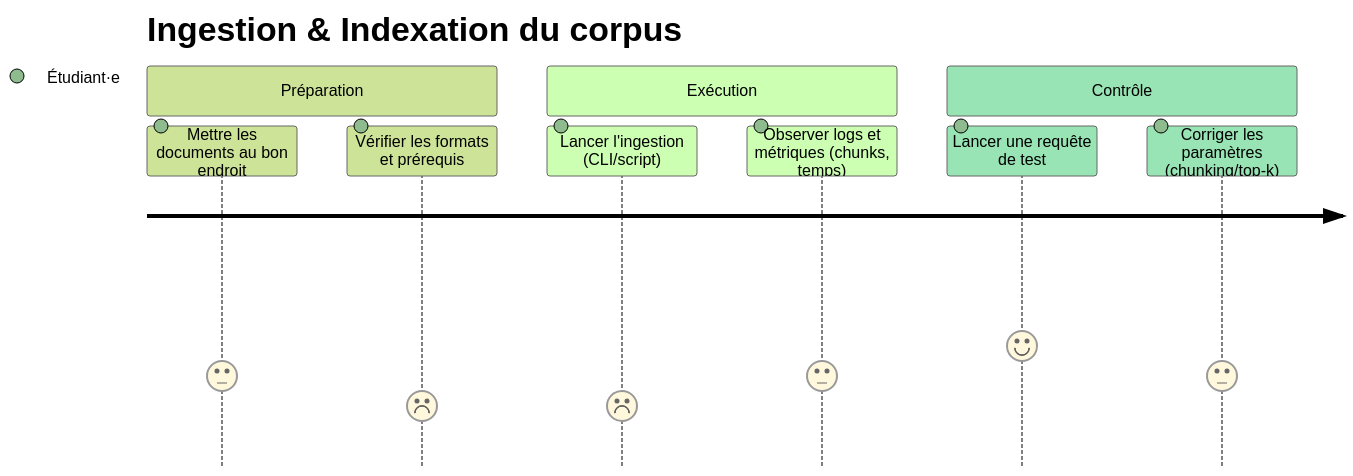
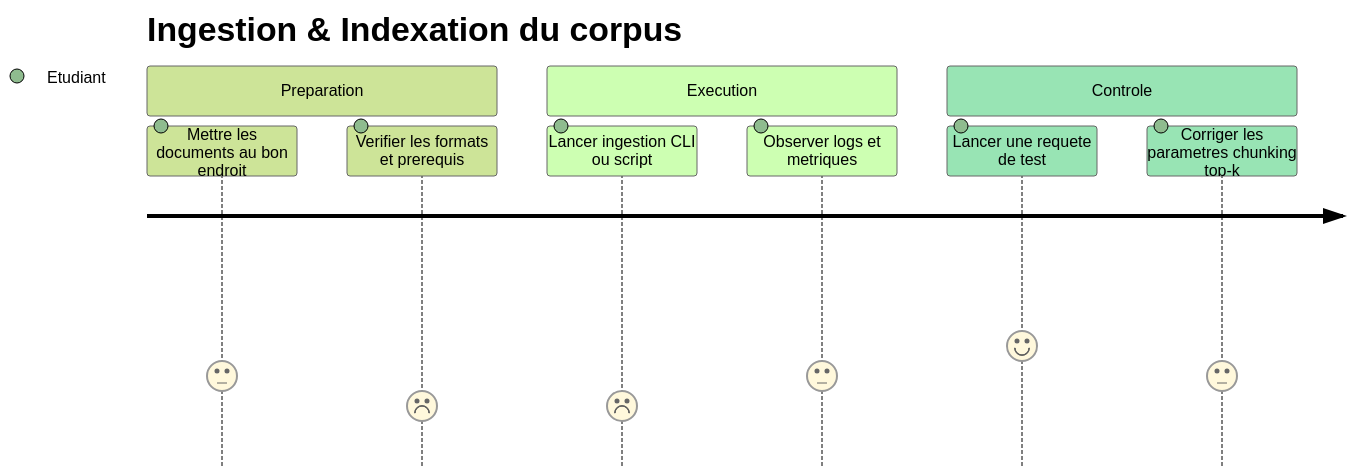
The first of 2 diagrams in docs/01-personas-parcours.md (jlg-formation/gia-janv-2026), drawn with Mermaid (forest theme) before and after one commit. The commit also changed other lines of this file and 10 other files, not shown here.

````diff
--- a/docs/01-personas-parcours.md
+++ b/docs/01-personas-parcours.md
@@ -58,13 +58,13 @@
 ```mermaid
 journey
     title Ingestion & Indexation du corpus
-    section Préparation
-      Mettre les documents au bon endroit: 3: Étudiant·e
-      Vérifier les formats et prérequis: 2: Étudiant·e
-    section Exécution
-      Lancer l'ingestion (CLI/script): 2: Étudiant·e
-      Observer logs et métriques (chunks, temps): 3: Étudiant·e
-    section Contrôle
-      Lancer une requête de test: 4: Étudiant·e
-      Corriger les paramètres (chunking/top-k): 3: Étudiant·e
+    section Preparation
+      Mettre les documents au bon endroit: 3: Etudiant
+      Verifier les formats et prerequis: 2: Etudiant
+    section Execution
+      Lancer ingestion CLI ou script: 2: Etudiant
+      Observer logs et metriques: 3: Etudiant
+    section Controle
+      Lancer une requete de test: 4: Etudiant
+      Corriger les parametres chunking top-k: 3: Etudiant
 ```
````
